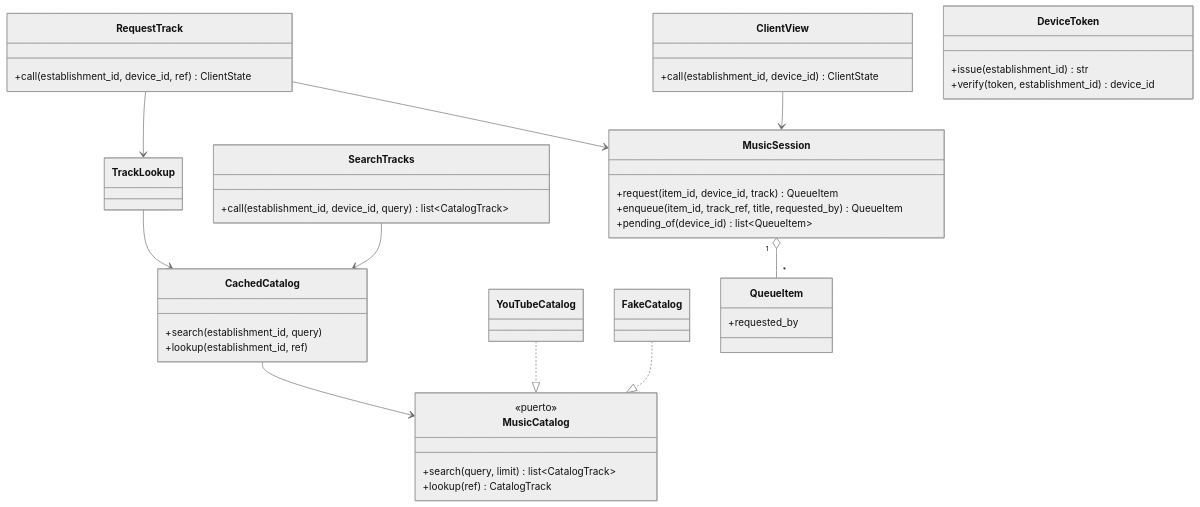
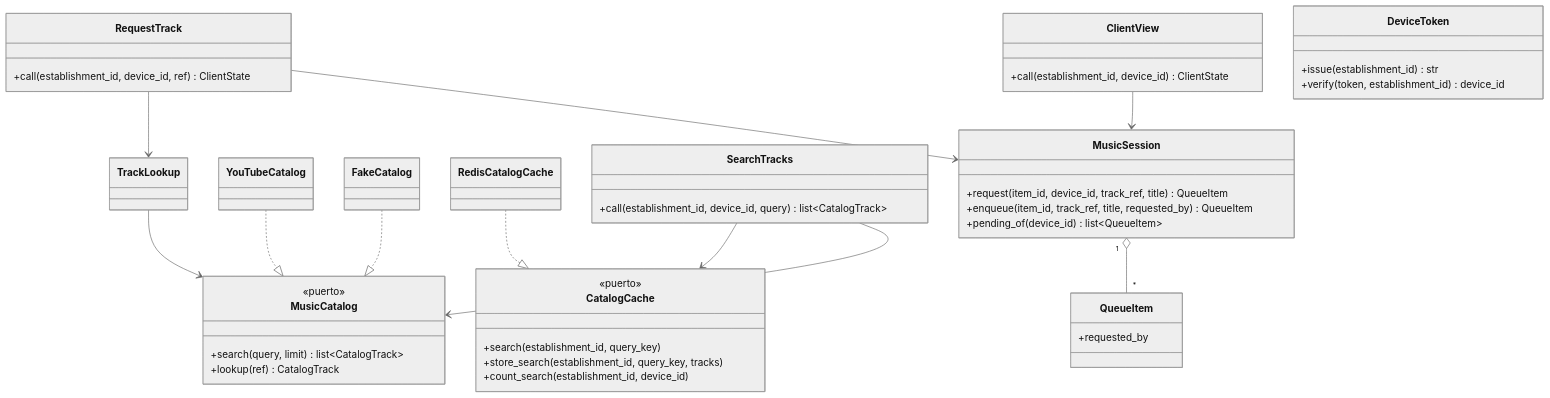
The third of 3 diagrams in specs/003-pedir-canciones-desde-qr/plan.md (esilval/my-playlist), drawn with Mermaid (neutral theme) before and after one commit. The commit also changed other lines of this file and 50 other files, not shown here.

````diff
--- a/specs/003-pedir-canciones-desde-qr/plan.md
+++ b/specs/003-pedir-canciones-desde-qr/plan.md
@@ -350,45 +359,49 @@
 ```mermaid
 classDiagram
   class MusicSession {
-    +request(item_id, device_id, track) QueueItem
+    +request(item_id, device_id, track_ref, title) QueueItem
     +enqueue(item_id, track_ref, title, requested_by) QueueItem
     +pending_of(device_id) list~QueueItem~
   }
   class QueueItem {
     +requested_by
   }
   class RequestTrack {
     +call(establishment_id, device_id, ref) ClientState
   }
   class ClientView {
     +call(establishment_id, device_id) ClientState
   }
   class MusicCatalog {
     <<puerto>>
     +search(query, limit) list~CatalogTrack~
     +lookup(ref) CatalogTrack
   }
   class YouTubeCatalog
   class FakeCatalog
-  class CachedCatalog {
-    +search(establishment_id, query)
-    +lookup(establishment_id, ref)
+  class CatalogCache {
+    <<puerto>>
+    +search(establishment_id, query_key)
+    +store_search(establishment_id, query_key, tracks)
+    +count_search(establishment_id, device_id)
   }
+  class RedisCatalogCache
   class SearchTracks {
     +call(establishment_id, device_id, query) list~CatalogTrack~
   }
   class TrackLookup
   class DeviceToken {
     +issue(establishment_id) str
     +verify(token, establishment_id) device_id
   }
   MusicSession "1" o-- "*" QueueItem
   YouTubeCatalog ..|> MusicCatalog
   FakeCatalog ..|> MusicCatalog
-  CachedCatalog --> MusicCatalog
-  SearchTracks --> CachedCatalog
-  TrackLookup --> CachedCatalog
+  RedisCatalogCache ..|> CatalogCache
+  SearchTracks --> CatalogCache
+  SearchTracks --> MusicCatalog
+  TrackLookup --> MusicCatalog
   RequestTrack --> TrackLookup
   RequestTrack --> MusicSession
   ClientView --> MusicSession
 ```
````
